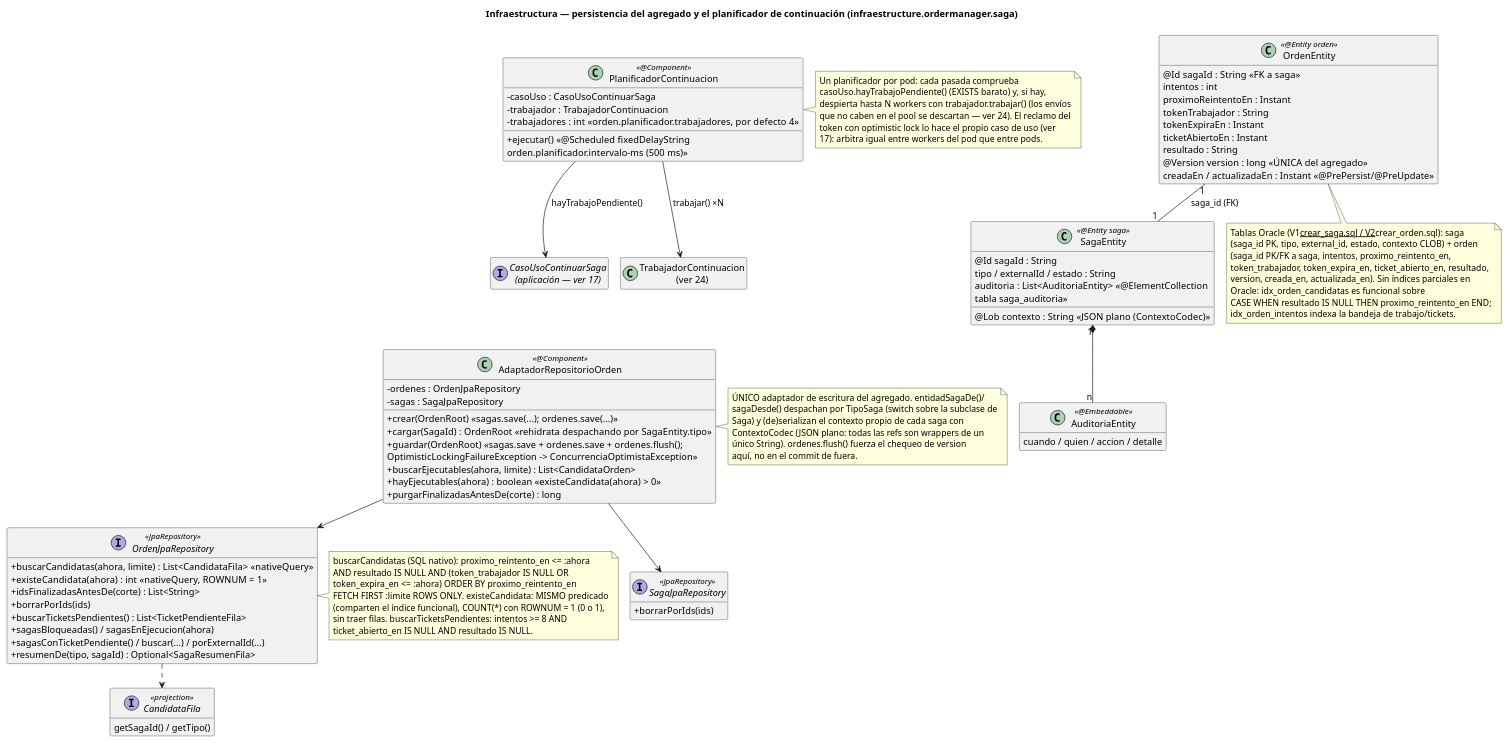
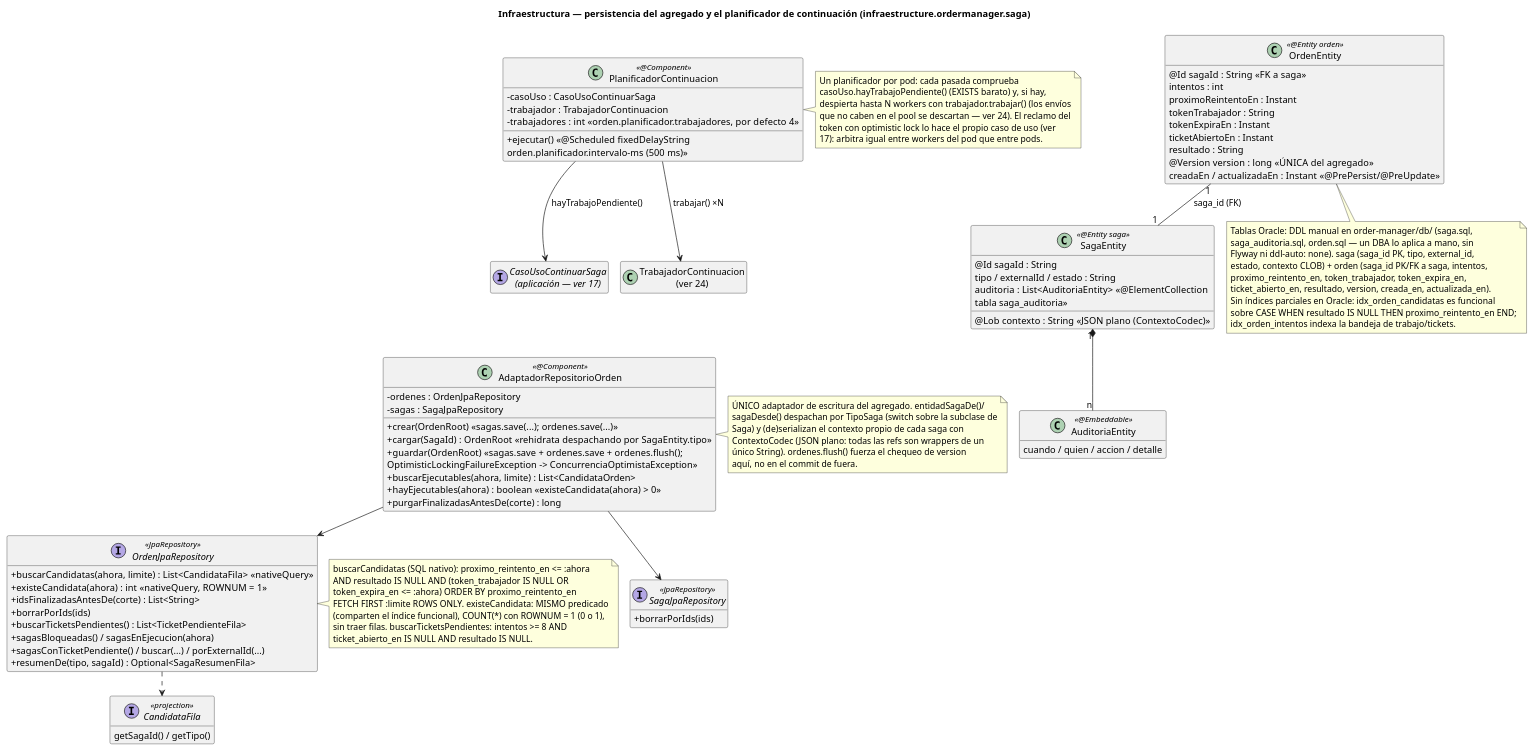
One commit to ralcazar/patrones changed the diagram in order-manager/docs/23-clases-infraestructura-persistencia.puml. Above: the diagram before and after it, drawn with PlantUML. The commit also changed 61 other files, not shown here.

```diff
--- a/order-manager/docs/23-clases-infraestructura-persistencia.puml
+++ b/order-manager/docs/23-clases-infraestructura-persistencia.puml
@@ -1,113 +1,114 @@
 @startuml 23-clases-infraestructura-persistencia
 title Infraestructura — persistencia del agregado y el planificador de continuación (infraestructure.ordermanager.saga)
 !pragma layout smetana
 hide empty members
 skinparam classAttributeIconSize 0
 
 class PlanificadorContinuacion <<@Component>> {
   -casoUso : CasoUsoContinuarSaga
   -trabajador : TrabajadorContinuacion
   -trabajadores : int  «orden.planificador.trabajadores, por defecto 4»
   +ejecutar()  «@Scheduled fixedDelayString\norden.planificador.intervalo-ms (500 ms)»
 }
 note right of PlanificadorContinuacion
   Un planificador por pod: cada pasada comprueba
   casoUso.hayTrabajoPendiente() (EXISTS barato) y, si hay,
   despierta hasta N workers con trabajador.trabajar() (los envíos
   que no caben en el pool se descartan — ver 24). El reclamo del
   token con optimistic lock lo hace el propio caso de uso (ver
   17): arbitra igual entre workers del pod que entre pods.
 end note
 
 interface "CasoUsoContinuarSaga\n(aplicación — ver 17)" as CasoUsoContinuarSaga
 class "TrabajadorContinuacion\n(ver 24)" as TrabajadorContinuacion
 
 class AdaptadorRepositorioOrden <<@Component>> {
   -ordenes : OrdenJpaRepository
   -sagas : SagaJpaRepository
   +crear(OrdenRoot)  «sagas.save(...); ordenes.save(...)»
   +cargar(SagaId) : OrdenRoot  «rehidrata despachando por SagaEntity.tipo»
   +guardar(OrdenRoot)  «sagas.save + ordenes.save + ordenes.flush();\nOptimisticLockingFailureException -> ConcurrenciaOptimistaException»
   +buscarEjecutables(ahora, limite) : List<CandidataOrden>
   +hayEjecutables(ahora) : boolean  «existeCandidata(ahora) > 0»
   +purgarFinalizadasAntesDe(corte) : long
 }
 note right of AdaptadorRepositorioOrden
   ÚNICO adaptador de escritura del agregado. entidadSagaDe()/
   sagaDesde() despachan por TipoSaga (switch sobre la subclase de
   Saga) y (de)serializan el contexto propio de cada saga con
   ContextoCodec (JSON plano: todas las refs son wrappers de un
   único String). ordenes.flush() fuerza el chequeo de version
   aquí, no en el commit de fuera.
 end note
 
 interface "OrdenJpaRepository" as OrdenJpa <<JpaRepository>> {
   +buscarCandidatas(ahora, limite) : List<CandidataFila>  «nativeQuery»
   +existeCandidata(ahora) : int  «nativeQuery, ROWNUM = 1»
   +idsFinalizadasAntesDe(corte) : List<String>
   +borrarPorIds(ids)
   +buscarTicketsPendientes() : List<TicketPendienteFila>
   +sagasBloqueadas() / sagasEnEjecucion(ahora)
   +sagasConTicketPendiente() / buscar(...) / porExternalId(...)
   +resumenDe(tipo, sagaId) : Optional<SagaResumenFila>
 }
 interface "SagaJpaRepository" as SagaJpa <<JpaRepository>> {
   +borrarPorIds(ids)
 }
 interface CandidataFila <<projection>> {
   getSagaId() / getTipo()
 }
 
 class OrdenEntity <<@Entity orden>> {
   @Id sagaId : String  «FK a saga»
   intentos : int
   proximoReintentoEn : Instant
   tokenTrabajador : String
   tokenExpiraEn : Instant
   ticketAbiertoEn : Instant
   resultado : String
   @Version version : long  «ÚNICA del agregado»
   creadaEn / actualizadaEn : Instant  «@PrePersist/@PreUpdate»
 }
 class SagaEntity <<@Entity saga>> {
   @Id sagaId : String
   tipo / externalId / estado : String
   @Lob contexto : String  «JSON plano (ContextoCodec)»
   auditoria : List<AuditoriaEntity>  «@ElementCollection\ntabla saga_auditoria»
 }
 class AuditoriaEntity <<@Embeddable>> {
   cuando / quien / accion / detalle
 }
 
 note bottom of OrdenEntity
-  Tablas Oracle (V1__crear_saga.sql / V2__crear_orden.sql): saga
-  (saga_id PK, tipo, external_id, estado, contexto CLOB) + orden
-  (saga_id PK/FK a saga, intentos, proximo_reintento_en,
-  token_trabajador, token_expira_en, ticket_abierto_en, resultado,
-  version, creada_en, actualizada_en). Sin índices parciales en
-  Oracle: idx_orden_candidatas es funcional sobre
-  CASE WHEN resultado IS NULL THEN proximo_reintento_en END;
+  Tablas Oracle: DDL manual en order-manager/db/ (saga.sql,
+  saga_auditoria.sql, orden.sql — un DBA lo aplica a mano, sin
+  Flyway ni ddl-auto: none). saga (saga_id PK, tipo, external_id,
+  estado, contexto CLOB) + orden (saga_id PK/FK a saga, intentos,
+  proximo_reintento_en, token_trabajador, token_expira_en,
+  ticket_abierto_en, resultado, version, creada_en, actualizada_en).
+  Sin índices parciales en Oracle: idx_orden_candidatas es funcional
+  sobre CASE WHEN resultado IS NULL THEN proximo_reintento_en END;
   idx_orden_intentos indexa la bandeja de trabajo/tickets.
 end note
 
 note right of OrdenJpa
   buscarCandidatas (SQL nativo): proximo_reintento_en <= :ahora
   AND resultado IS NULL AND (token_trabajador IS NULL OR
   token_expira_en <= :ahora) ORDER BY proximo_reintento_en
   FETCH FIRST :limite ROWS ONLY. existeCandidata: MISMO predicado
   (comparten el índice funcional), COUNT(*) con ROWNUM = 1 (0 o 1),
   sin traer filas. buscarTicketsPendientes: intentos >= 8 AND
   ticket_abierto_en IS NULL AND resultado IS NULL.
 end note
 
 PlanificadorContinuacion --> CasoUsoContinuarSaga : hayTrabajoPendiente()
 PlanificadorContinuacion --> TrabajadorContinuacion : trabajar() ×N
 AdaptadorRepositorioOrden --> OrdenJpa
 AdaptadorRepositorioOrden --> SagaJpa
 OrdenJpa ..> CandidataFila
 OrdenEntity "1" -- "1" SagaEntity : saga_id (FK)
 SagaEntity "1" *-- "n" AuditoriaEntity
 
 PlanificadorContinuacion -[hidden]down- CasoUsoContinuarSaga
 CasoUsoContinuarSaga -[hidden]down- AdaptadorRepositorioOrden
 @enduml
```
